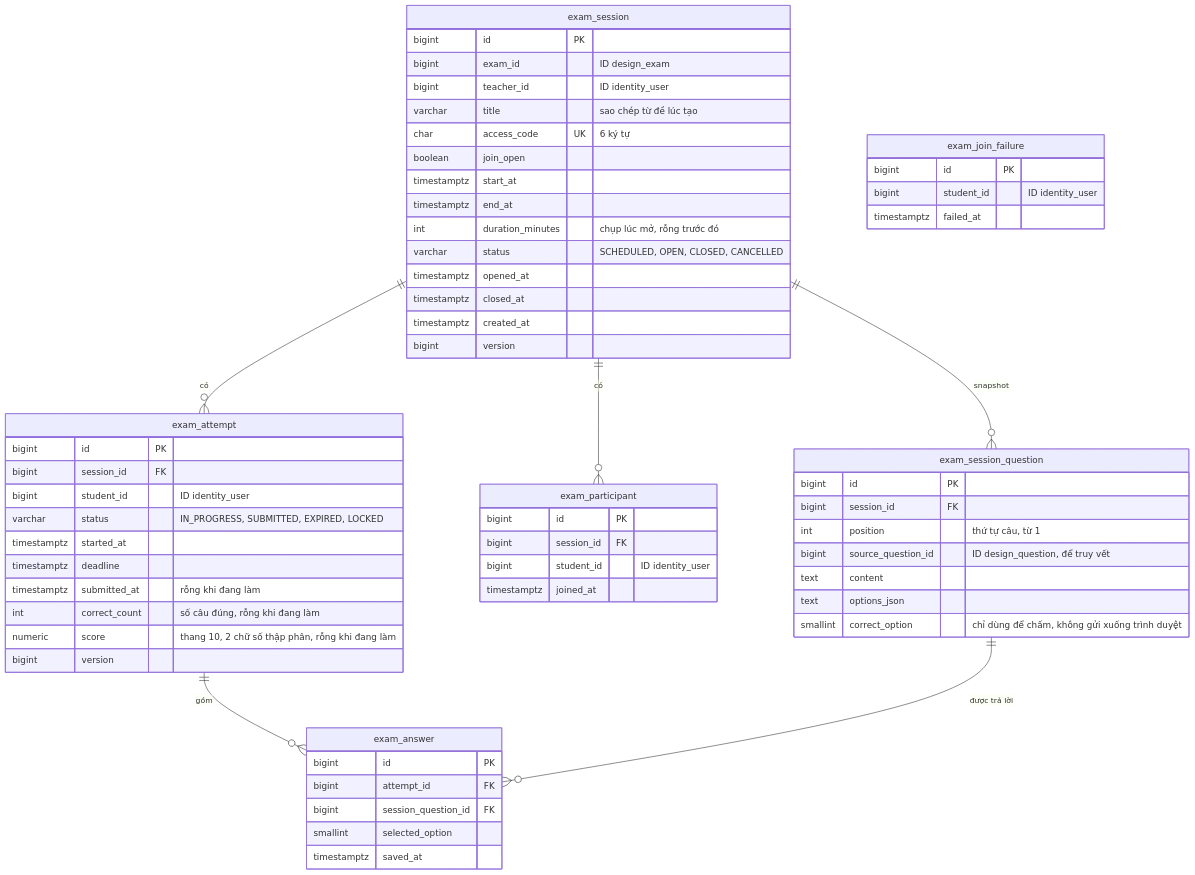
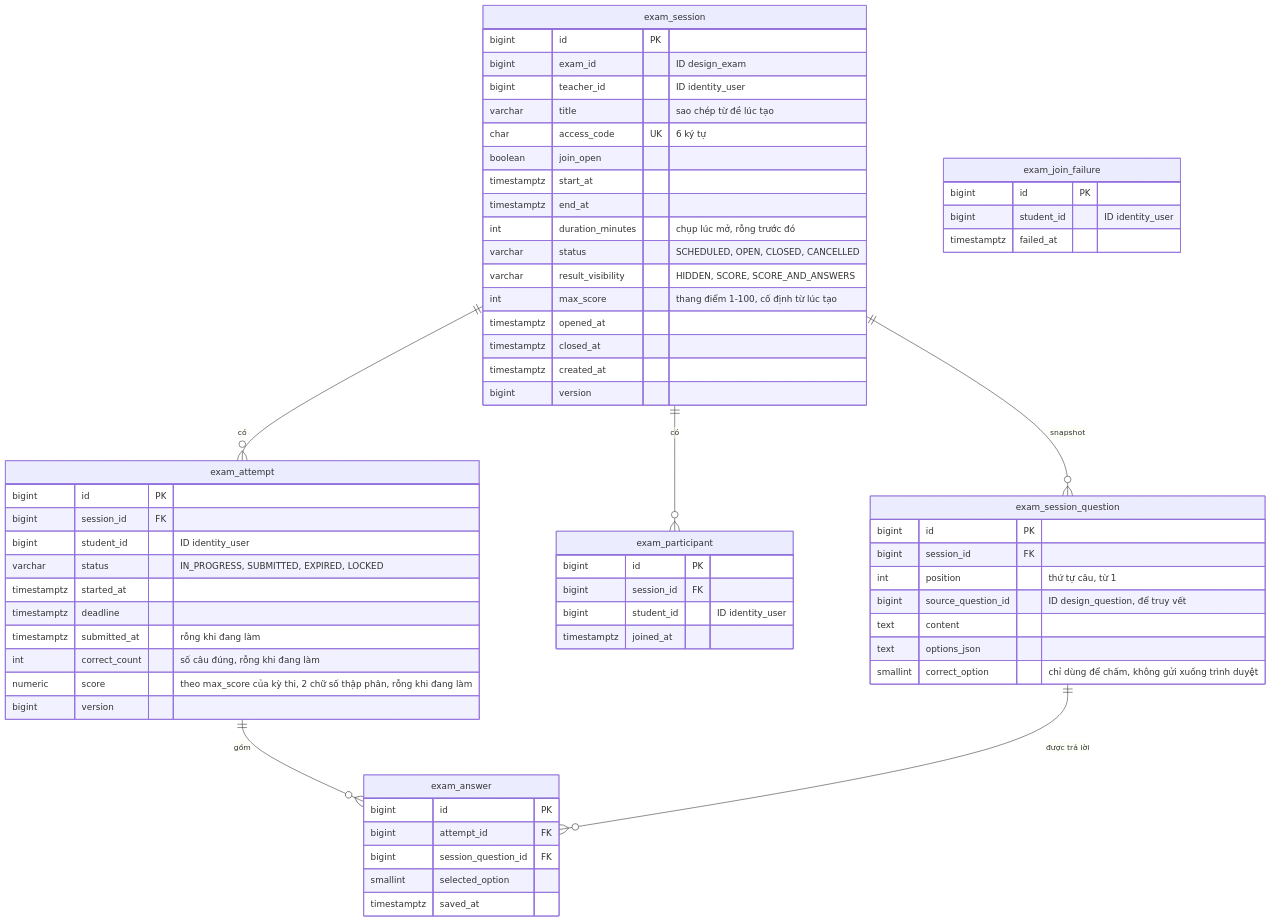
Before and after one commit to zindo511/Exam-Practice: the third of 4 diagrams in docs/database.md, drawn with Mermaid. The commit also changed 17 other files, not shown here.

First line of the commit message:
Thêm thang điểm và cài đặt xem kết quả cho kỳ thi

````diff
--- a/docs/database.md
+++ b/docs/database.md
@@ -87,63 +87,65 @@
 ```mermaid
 erDiagram
     exam_session {
         bigint id PK
         bigint exam_id "ID design_exam"
         bigint teacher_id "ID identity_user"
         varchar title "sao chép từ đề lúc tạo"
         char access_code UK "6 ký tự"
         boolean join_open
         timestamptz start_at
         timestamptz end_at
         int duration_minutes "chụp lúc mở, rỗng trước đó"
         varchar status "SCHEDULED, OPEN, CLOSED, CANCELLED"
+        varchar result_visibility "HIDDEN, SCORE, SCORE_AND_ANSWERS"
+        int max_score "thang điểm 1-100, cố định từ lúc tạo"
         timestamptz opened_at
         timestamptz closed_at
         timestamptz created_at
         bigint version
     }
     exam_session_question {
         bigint id PK
         bigint session_id FK
         int position "thứ tự câu, từ 1"
         bigint source_question_id "ID design_question, để truy vết"
         text content
         text options_json
         smallint correct_option "chỉ dùng để chấm, không gửi xuống trình duyệt"
     }
     exam_participant {
         bigint id PK
         bigint session_id FK
         bigint student_id "ID identity_user"
         timestamptz joined_at
     }
     exam_attempt {
         bigint id PK
         bigint session_id FK
         bigint student_id "ID identity_user"
         varchar status "IN_PROGRESS, SUBMITTED, EXPIRED, LOCKED"
         timestamptz started_at
         timestamptz deadline
         timestamptz submitted_at "rỗng khi đang làm"
         int correct_count "số câu đúng, rỗng khi đang làm"
-        numeric score "thang 10, 2 chữ số thập phân, rỗng khi đang làm"
+        numeric score "theo max_score của kỳ thi, 2 chữ số thập phân, rỗng khi đang làm"
         bigint version
     }
     exam_answer {
         bigint id PK
         bigint attempt_id FK
         bigint session_question_id FK
         smallint selected_option
         timestamptz saved_at
     }
     exam_join_failure {
         bigint id PK
         bigint student_id "ID identity_user"
         timestamptz failed_at
     }
     exam_session ||--o{ exam_session_question : "snapshot"
     exam_session ||--o{ exam_participant : "có"
     exam_session ||--o{ exam_attempt : "có"
     exam_attempt ||--o{ exam_answer : "gồm"
     exam_session_question ||--o{ exam_answer : "được trả lời"
 ```
````
